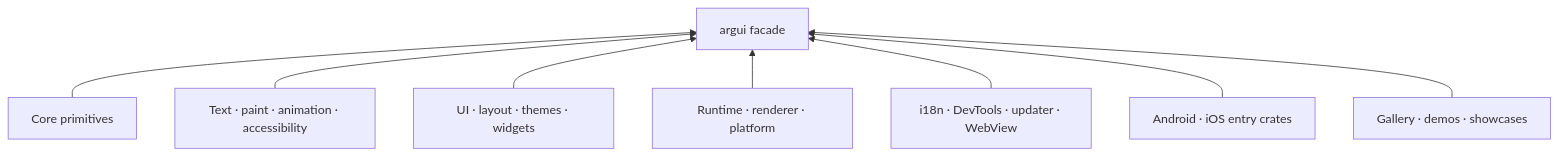
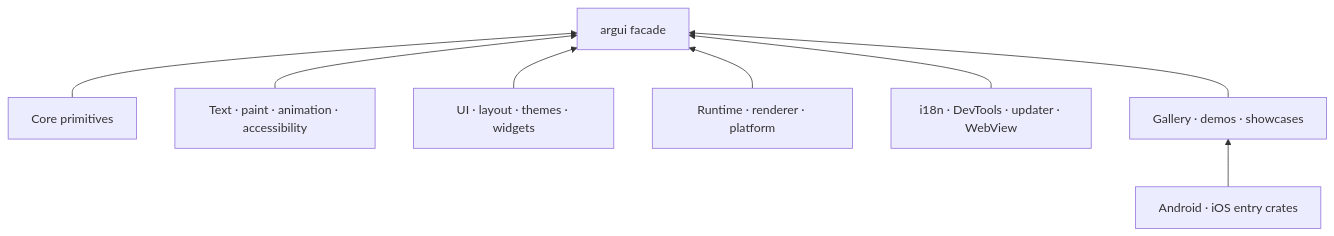
One commit to ExtraBinoss/argui changed the diagram in docs/repo/structure.md. Above: the diagram before and after it, drawn with Mermaid. The commit also changed other lines of this file and 60 other files, not shown here.

````diff
--- a/docs/repo/structure.md
+++ b/docs/repo/structure.md
@@ -32,10 +36,10 @@
 ```mermaid
 flowchart BT
     primitives[Core primitives] --> facade[argui facade]
     engines[Text · paint · animation · accessibility] --> facade
     ui[UI · layout · themes · widgets] --> facade
     runtime[Runtime · renderer · platform] --> facade
     integrations[i18n · DevTools · updater · WebView] --> facade
-    mobile[Android · iOS entry crates] --> facade
+    mobile[Android · iOS entry crates] --> apps
     apps[Gallery · demos · showcases] --> facade
 ```
````
